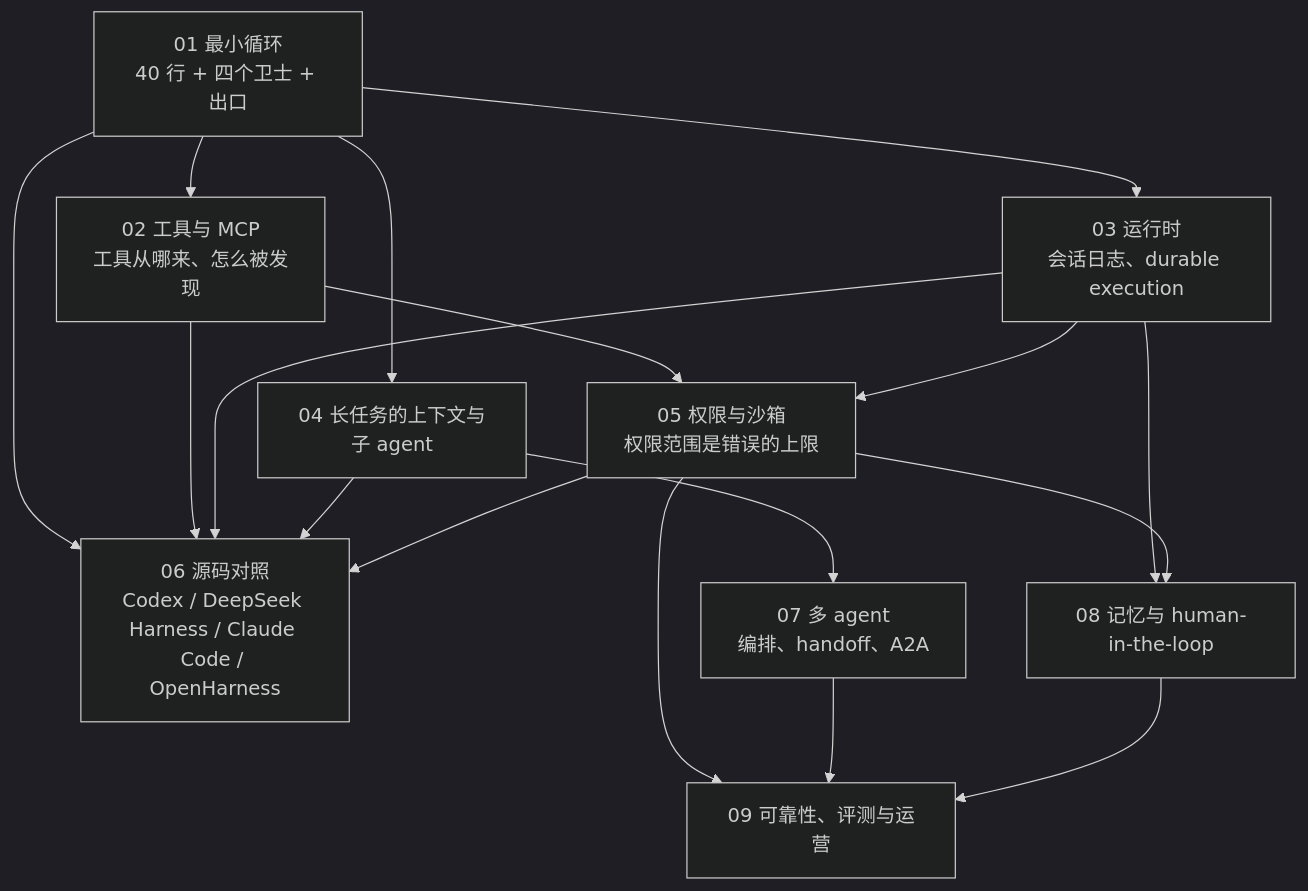
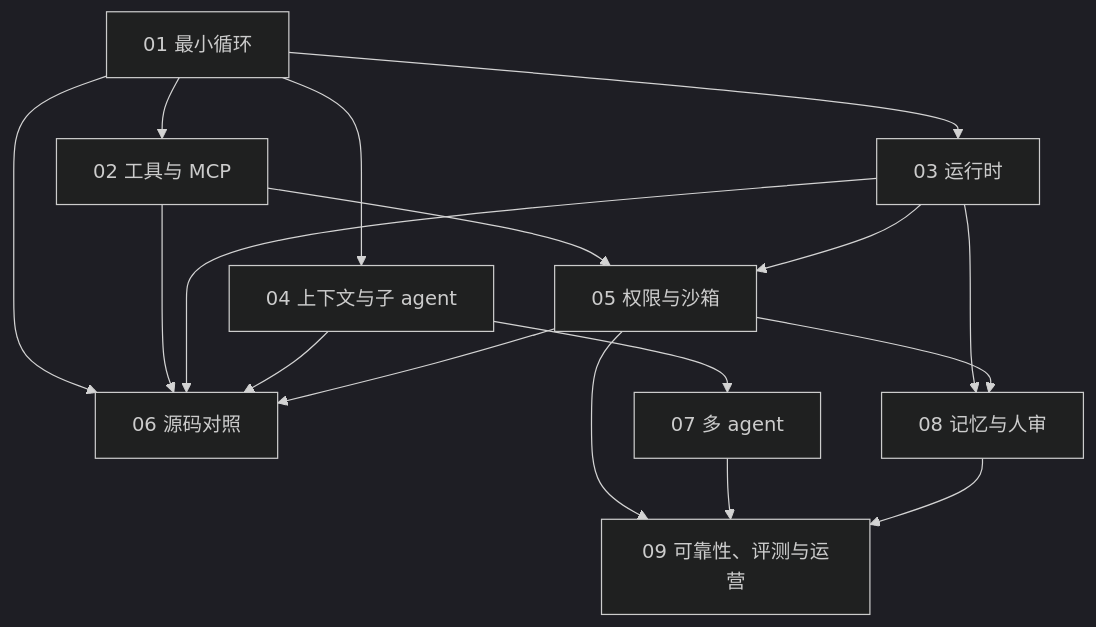
One commit to arganzheng/arganzheng.github.com changed the first of 10 diagrams in slides/2026-10-29-agent-and-harness.md. Above: the diagram before and after it, drawn with Mermaid (dark theme). The commit also changed other lines of this file, not shown here.

Commit message:
slides(2026-10-29-agent-and-harness): 图内文字 ≥14px——标签缩短/拆分/Unicode 数学

````diff
--- a/slides/2026-10-29-agent-and-harness.md
+++ b/slides/2026-10-29-agent-and-harness.md
@@ -26,12 +26,12 @@
 ```mermaid
 %%{init: {"flowchart": {"wrappingWidth": 160}}}%%
 flowchart TB
-    A1["01 最小循环<br/>40 行 + 四个卫士 + 出口"] --> A2["02 工具与 MCP<br/>工具从哪来、怎么被发现"]
-    A1 --> A3["03 运行时<br/>会话日志、durable execution"]
-    A1 --> A4["04 长任务的上下文与子 agent"]
-    A2 & A3 --> A5["05 权限与沙箱<br/>权限范围是错误的上限"]
-    A1 & A2 & A3 & A4 & A5 --> A6["06 源码对照<br/>Codex / DeepSeek Harness / Claude Code / OpenHarness"]
-    A4 --> A7["07 多 agent<br/>编排、handoff、A2A"]
-    A3 & A5 --> A8["08 记忆与 human-in-the-loop"]
+    A1["01 最小循环"] --> A2["02 工具与 MCP"]
+    A1 --> A3["03 运行时"]
+    A1 --> A4["04 上下文与子 agent"]
+    A2 & A3 --> A5["05 权限与沙箱"]
+    A1 & A2 & A3 & A4 & A5 --> A6["06 源码对照"]
+    A4 --> A7["07 多 agent"]
+    A3 & A5 --> A8["08 记忆与人审"]
     A5 & A7 & A8 --> A9["09 可靠性、评测与运营"]
 ```
````
